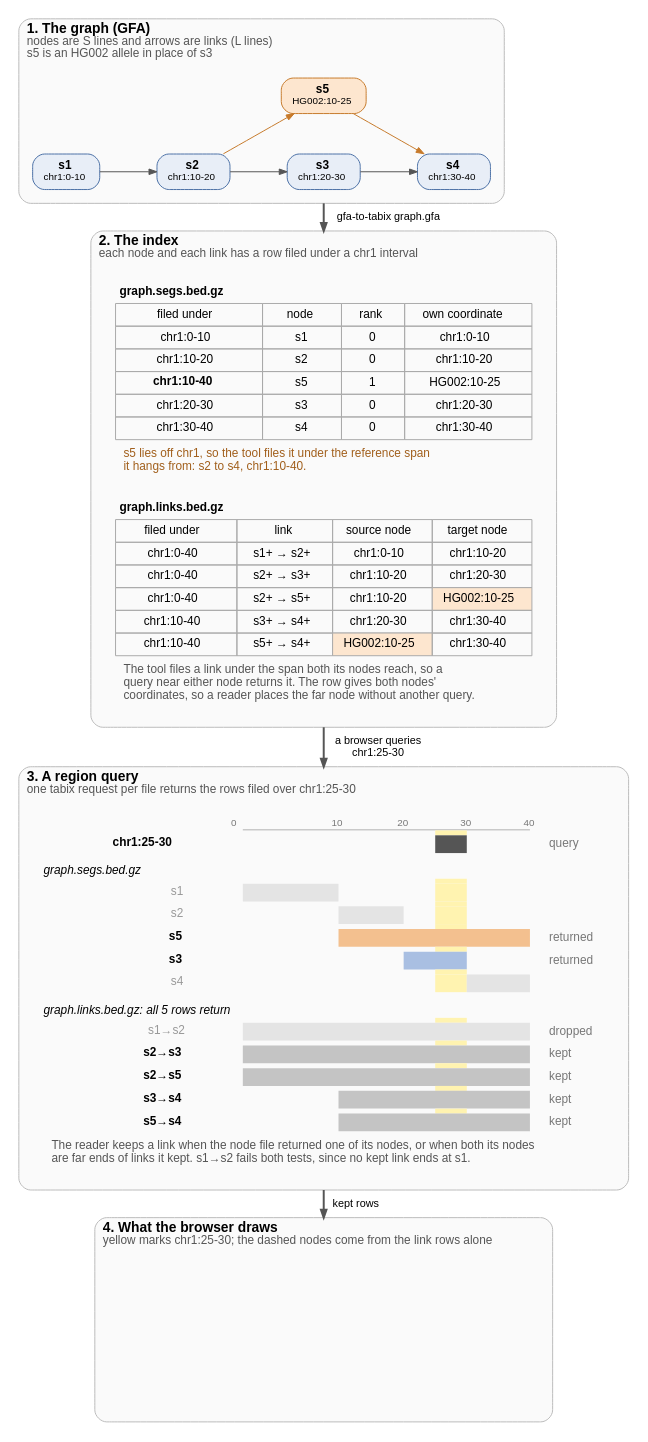
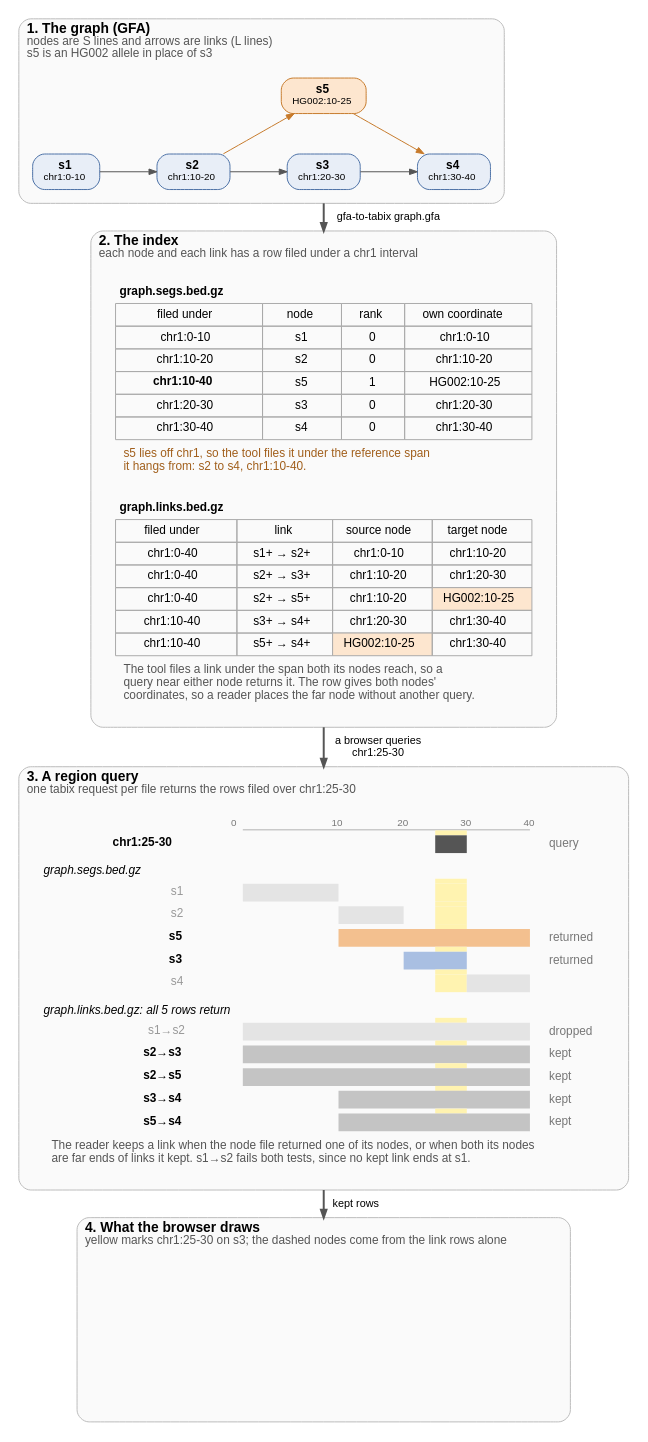
One commit to GMOD/gfa-to-tabix changed the diagram in docs/figures/overview-detail.dot. Above: the diagram before and after it, drawn with Graphviz. The commit also changed 7 other files, not shown here.

```diff
--- a/docs/figures/overview-detail.dot
+++ b/docs/figures/overview-detail.dot
@@ -1,117 +1,117 @@
 // scripts/figures.py fills the marked rows from the tool's output and draws this figure
 digraph overview {
   bgcolor="white"
   fontname="Helvetica"
   newrank=true
   compound=true
   nodesep=0.4
   ranksep=0.55
   node [fontname="Helvetica", fontsize=12, shape=box, style="filled,rounded", fillcolor="#e8eef7", color="#4a6fa5", margin="0.15,0.06"]
   edge [fontname="Helvetica", fontsize=11, color="#555555", arrowsize=0.8]
 
   subgraph {
     graph [labeljust=l, fontsize=14, color="#bbbbbb", style="rounded,filled", fillcolor="#fafafa", margin=14]
 
     subgraph cluster_graph {
       label=<<B>1. The graph (GFA)</B><BR ALIGN="LEFT"/><FONT POINT-SIZE="12" COLOR="#555555">nodes are S lines and arrows are links (L lines)</FONT><BR ALIGN="LEFT"/><FONT POINT-SIZE="12" COLOR="#555555">s5 is an HG002 allele in place of s3</FONT><BR ALIGN="LEFT"/>>
       // begin graph
       s1 [label=<<B>s1</B><BR/><FONT POINT-SIZE="10">chr1:0-10</FONT>>]
       s2 [label=<<B>s2</B><BR/><FONT POINT-SIZE="10">chr1:10-20</FONT>>]
       s3 [label=<<B>s3</B><BR/><FONT POINT-SIZE="10">chr1:20-30</FONT>>]
       s4 [label=<<B>s4</B><BR/><FONT POINT-SIZE="10">chr1:30-40</FONT>>]
       s5 [label=<<B>s5</B><BR/><FONT POINT-SIZE="10">HG002:10-25</FONT>>, fillcolor="#fde6cf", color="#c77a2b"]
       {rank=same; s1; s2; s3; s4}
       s1 -> s2 [weight=20]
       s2 -> s3 [weight=20]
       s2 -> s5 [color="#c77a2b", constraint=false]
       s3 -> s4 [weight=20]
       s5 -> s4 [color="#c77a2b", constraint=false]
       s5 -> s3 [style=invis, weight=20]
       // end graph
     }
 
     subgraph cluster_files {
       label=<<B>2. The index</B><BR ALIGN="LEFT"/><FONT POINT-SIZE="12" COLOR="#555555">each node and each link has a row filed under a chr1 interval</FONT><BR ALIGN="LEFT"/>>
       rows [shape=plaintext, style="", label=<
         <TABLE BORDER="0" CELLBORDER="0" CELLSPACING="0" CELLPADDING="0"><TR><TD><TABLE BORDER="0" CELLBORDER="1" CELLSPACING="0" CELLPADDING="4" COLOR="#aaaaaa">
           <TR><TD COLSPAN="4" BORDER="0" ALIGN="LEFT"><B>graph.segs.bed.gz</B></TD></TR>
           <TR BGCOLOR="#dddddd"><TD>filed under</TD><TD>node</TD><TD>rank</TD><TD>own coordinate</TD></TR>
           <!-- begin segs -->
           <TR BGCOLOR="#e8eef7"><TD>chr1:0-10</TD><TD>s1</TD><TD>0</TD><TD>chr1:0-10</TD></TR>
           <TR BGCOLOR="#e8eef7"><TD>chr1:10-20</TD><TD>s2</TD><TD>0</TD><TD>chr1:10-20</TD></TR>
           <TR BGCOLOR="#fde6cf"><TD><B>chr1:10-40</B></TD><TD>s5</TD><TD>1</TD><TD>HG002:10-25</TD></TR>
           <TR BGCOLOR="#e8eef7"><TD>chr1:20-30</TD><TD>s3</TD><TD>0</TD><TD>chr1:20-30</TD></TR>
           <TR BGCOLOR="#e8eef7"><TD>chr1:30-40</TD><TD>s4</TD><TD>0</TD><TD>chr1:30-40</TD></TR>
           <!-- end segs -->
           <!-- begin segs-caption -->
           <TR><TD BORDER="0" CELLPADDING="8" COLSPAN="4" ALIGN="LEFT" BALIGN="LEFT"><FONT POINT-SIZE="12" COLOR="#a15f1c">s5 lies off chr1, so the tool files it under the reference span<BR/>it hangs from: s2 to s4, chr1:10-40.</FONT></TD></TR>
           <!-- end segs-caption -->
         </TABLE></TD></TR>
         <TR><TD HEIGHT="18"></TD></TR>
         <TR><TD><TABLE BORDER="0" CELLBORDER="1" CELLSPACING="0" CELLPADDING="4" COLOR="#aaaaaa">
           <TR><TD COLSPAN="4" BORDER="0" ALIGN="LEFT"><B>graph.links.bed.gz</B></TD></TR>
           <TR BGCOLOR="#dddddd"><TD>filed under</TD><TD>link</TD><TD>source node</TD><TD>target node</TD></TR>
           <!-- begin links -->
           <TR BGCOLOR="#f2f2f2"><TD>chr1:0-40</TD><TD>s1+ → s2+</TD><TD>chr1:0-10</TD><TD>chr1:10-20</TD></TR>
           <TR BGCOLOR="#f2f2f2"><TD>chr1:0-40</TD><TD>s2+ → s3+</TD><TD>chr1:10-20</TD><TD>chr1:20-30</TD></TR>
           <TR BGCOLOR="#f2f2f2"><TD>chr1:0-40</TD><TD>s2+ → s5+</TD><TD>chr1:10-20</TD><TD BGCOLOR="#fde6cf">HG002:10-25</TD></TR>
           <TR BGCOLOR="#f2f2f2"><TD>chr1:10-40</TD><TD>s3+ → s4+</TD><TD>chr1:20-30</TD><TD>chr1:30-40</TD></TR>
           <TR BGCOLOR="#f2f2f2"><TD>chr1:10-40</TD><TD>s5+ → s4+</TD><TD BGCOLOR="#fde6cf">HG002:10-25</TD><TD>chr1:30-40</TD></TR>
           <!-- end links -->
           <TR><TD COLSPAN="4" BORDER="0" CELLPADDING="8" ALIGN="LEFT" BALIGN="LEFT"><FONT POINT-SIZE="12" COLOR="#555555">The tool files a link under the span both its nodes reach, so a<BR/>query near either node returns it. The row gives both nodes'<BR/>coordinates, so a reader places the far node without another query.</FONT></TD></TR>
         </TABLE></TD></TR></TABLE>>]
     }
 
     subgraph cluster_query {
       label=<<B>3. A region query</B><BR ALIGN="LEFT"/><FONT POINT-SIZE="12" COLOR="#555555">one tabix request per file returns the rows filed over chr1:25-30</FONT><BR ALIGN="LEFT"/>>
       hits [shape=plaintext, style="", label=<
         <TABLE BORDER="0" CELLBORDER="0" CELLSPACING="0" CELLPADDING="0">
           <!-- begin lanes -->
           <TR><TD></TD><TD WIDTH="16"></TD><TD WIDTH="16"></TD><TD WIDTH="16"></TD><TD WIDTH="16"></TD><TD WIDTH="16"></TD><TD WIDTH="16"></TD><TD WIDTH="16"></TD><TD WIDTH="16"></TD><TD WIDTH="16"></TD><TD WIDTH="16"></TD><TD WIDTH="16"></TD><TD WIDTH="16"></TD><TD WIDTH="16"></TD><TD WIDTH="16"></TD><TD WIDTH="16"></TD><TD WIDTH="16"></TD><TD WIDTH="16"></TD><TD WIDTH="16"></TD><TD></TD></TR>
           <TR><TD></TD><TD COLSPAN="2"><FONT POINT-SIZE="10" COLOR="#777777">0</FONT></TD><TD COLSPAN="2"></TD><TD COLSPAN="2"><FONT POINT-SIZE="10" COLOR="#777777">10</FONT></TD><TD COLSPAN="2"></TD><TD COLSPAN="2"><FONT POINT-SIZE="10" COLOR="#777777">20</FONT></TD><TD COLSPAN="2"></TD><TD COLSPAN="2"><FONT POINT-SIZE="10" COLOR="#777777">30</FONT></TD><TD COLSPAN="2"></TD><TD COLSPAN="2"><FONT POINT-SIZE="10" COLOR="#777777">40</FONT></TD><TD></TD></TR>
           <TR><TD HEIGHT="1"></TD><TD></TD><TD COLSPAN="16" BGCOLOR="#999999"></TD><TD></TD><TD></TD></TR>
           <TR><TD HEIGHT="5"></TD><TD></TD><TD></TD><TD></TD><TD></TD><TD></TD><TD></TD><TD></TD><TD></TD><TD></TD><TD></TD><TD></TD><TD BGCOLOR="#fff3b0"></TD><TD BGCOLOR="#fff3b0"></TD><TD></TD><TD></TD><TD></TD><TD></TD><TD></TD><TD></TD></TR>
           <TR><TD ALIGN="RIGHT" HEIGHT="18"><B>chr1:25-30</B>  </TD><TD></TD><TD COLSPAN="10"></TD><TD COLSPAN="2" BGCOLOR="#555555"></TD><TD COLSPAN="4"></TD><TD></TD><TD ALIGN="LEFT"><FONT POINT-SIZE="12" COLOR="#777777">  query</FONT></TD></TR>
           <TR><TD COLSPAN="20" ALIGN="LEFT" HEIGHT="26" VALIGN="BOTTOM"><I>graph.segs.bed.gz</I></TD></TR>
           <TR><TD HEIGHT="5"></TD><TD></TD><TD></TD><TD></TD><TD></TD><TD></TD><TD></TD><TD></TD><TD></TD><TD></TD><TD></TD><TD></TD><TD BGCOLOR="#fff3b0"></TD><TD BGCOLOR="#fff3b0"></TD><TD></TD><TD></TD><TD></TD><TD></TD><TD></TD><TD></TD></TR>
           <TR><TD ALIGN="RIGHT" HEIGHT="18"><FONT COLOR="#999999">s1</FONT>  </TD><TD></TD><TD COLSPAN="4" BGCOLOR="#e4e4e4"></TD><TD COLSPAN="6"></TD><TD COLSPAN="2" BGCOLOR="#fff3b0"></TD><TD COLSPAN="4"></TD><TD></TD><TD ALIGN="LEFT"></TD></TR>
           <TR><TD HEIGHT="5"></TD><TD></TD><TD></TD><TD></TD><TD></TD><TD></TD><TD></TD><TD></TD><TD></TD><TD></TD><TD></TD><TD></TD><TD BGCOLOR="#fff3b0"></TD><TD BGCOLOR="#fff3b0"></TD><TD></TD><TD></TD><TD></TD><TD></TD><TD></TD><TD></TD></TR>
           <TR><TD ALIGN="RIGHT" HEIGHT="18"><FONT COLOR="#999999">s2</FONT>  </TD><TD></TD><TD COLSPAN="4"></TD><TD COLSPAN="4" BGCOLOR="#e4e4e4"></TD><TD COLSPAN="2"></TD><TD COLSPAN="2" BGCOLOR="#fff3b0"></TD><TD COLSPAN="4"></TD><TD></TD><TD ALIGN="LEFT"></TD></TR>
           <TR><TD HEIGHT="5"></TD><TD></TD><TD></TD><TD></TD><TD></TD><TD></TD><TD></TD><TD></TD><TD></TD><TD></TD><TD></TD><TD></TD><TD BGCOLOR="#fff3b0"></TD><TD BGCOLOR="#fff3b0"></TD><TD></TD><TD></TD><TD></TD><TD></TD><TD></TD><TD></TD></TR>
           <TR><TD ALIGN="RIGHT" HEIGHT="18"><B>s5</B>  </TD><TD></TD><TD COLSPAN="4"></TD><TD COLSPAN="12" BGCOLOR="#f3c08f"></TD><TD></TD><TD ALIGN="LEFT"><FONT POINT-SIZE="12" COLOR="#777777">  returned</FONT></TD></TR>
           <TR><TD HEIGHT="5"></TD><TD></TD><TD></TD><TD></TD><TD></TD><TD></TD><TD></TD><TD></TD><TD></TD><TD></TD><TD></TD><TD></TD><TD BGCOLOR="#fff3b0"></TD><TD BGCOLOR="#fff3b0"></TD><TD></TD><TD></TD><TD></TD><TD></TD><TD></TD><TD></TD></TR>
           <TR><TD ALIGN="RIGHT" HEIGHT="18"><B>s3</B>  </TD><TD></TD><TD COLSPAN="8"></TD><TD COLSPAN="4" BGCOLOR="#a9bfe2"></TD><TD COLSPAN="4"></TD><TD></TD><TD ALIGN="LEFT"><FONT POINT-SIZE="12" COLOR="#777777">  returned</FONT></TD></TR>
           <TR><TD HEIGHT="5"></TD><TD></TD><TD></TD><TD></TD><TD></TD><TD></TD><TD></TD><TD></TD><TD></TD><TD></TD><TD></TD><TD></TD><TD BGCOLOR="#fff3b0"></TD><TD BGCOLOR="#fff3b0"></TD><TD></TD><TD></TD><TD></TD><TD></TD><TD></TD><TD></TD></TR>
           <TR><TD ALIGN="RIGHT" HEIGHT="18"><FONT COLOR="#999999">s4</FONT>  </TD><TD></TD><TD COLSPAN="10"></TD><TD COLSPAN="2" BGCOLOR="#fff3b0"></TD><TD COLSPAN="4" BGCOLOR="#e4e4e4"></TD><TD></TD><TD ALIGN="LEFT"></TD></TR>
           <TR><TD COLSPAN="20" ALIGN="LEFT" HEIGHT="26" VALIGN="BOTTOM"><I>graph.links.bed.gz: all 5 rows return</I></TD></TR>
           <TR><TD HEIGHT="5"></TD><TD></TD><TD></TD><TD></TD><TD></TD><TD></TD><TD></TD><TD></TD><TD></TD><TD></TD><TD></TD><TD></TD><TD BGCOLOR="#fff3b0"></TD><TD BGCOLOR="#fff3b0"></TD><TD></TD><TD></TD><TD></TD><TD></TD><TD></TD><TD></TD></TR>
           <TR><TD ALIGN="RIGHT" HEIGHT="18"><FONT COLOR="#999999">s1→s2</FONT>  </TD><TD></TD><TD COLSPAN="16" BGCOLOR="#e4e4e4"></TD><TD></TD><TD ALIGN="LEFT"><FONT POINT-SIZE="12" COLOR="#777777">  dropped</FONT></TD></TR>
           <TR><TD HEIGHT="5"></TD><TD></TD><TD></TD><TD></TD><TD></TD><TD></TD><TD></TD><TD></TD><TD></TD><TD></TD><TD></TD><TD></TD><TD BGCOLOR="#fff3b0"></TD><TD BGCOLOR="#fff3b0"></TD><TD></TD><TD></TD><TD></TD><TD></TD><TD></TD><TD></TD></TR>
           <TR><TD ALIGN="RIGHT" HEIGHT="18"><B>s2→s3</B>  </TD><TD></TD><TD COLSPAN="16" BGCOLOR="#c4c4c4"></TD><TD></TD><TD ALIGN="LEFT"><FONT POINT-SIZE="12" COLOR="#777777">  kept</FONT></TD></TR>
           <TR><TD HEIGHT="5"></TD><TD></TD><TD></TD><TD></TD><TD></TD><TD></TD><TD></TD><TD></TD><TD></TD><TD></TD><TD></TD><TD></TD><TD BGCOLOR="#fff3b0"></TD><TD BGCOLOR="#fff3b0"></TD><TD></TD><TD></TD><TD></TD><TD></TD><TD></TD><TD></TD></TR>
           <TR><TD ALIGN="RIGHT" HEIGHT="18"><B>s2→s5</B>  </TD><TD></TD><TD COLSPAN="16" BGCOLOR="#c4c4c4"></TD><TD></TD><TD ALIGN="LEFT"><FONT POINT-SIZE="12" COLOR="#777777">  kept</FONT></TD></TR>
           <TR><TD HEIGHT="5"></TD><TD></TD><TD></TD><TD></TD><TD></TD><TD></TD><TD></TD><TD></TD><TD></TD><TD></TD><TD></TD><TD></TD><TD BGCOLOR="#fff3b0"></TD><TD BGCOLOR="#fff3b0"></TD><TD></TD><TD></TD><TD></TD><TD></TD><TD></TD><TD></TD></TR>
           <TR><TD ALIGN="RIGHT" HEIGHT="18"><B>s3→s4</B>  </TD><TD></TD><TD COLSPAN="4"></TD><TD COLSPAN="12" BGCOLOR="#c4c4c4"></TD><TD></TD><TD ALIGN="LEFT"><FONT POINT-SIZE="12" COLOR="#777777">  kept</FONT></TD></TR>
           <TR><TD HEIGHT="5"></TD><TD></TD><TD></TD><TD></TD><TD></TD><TD></TD><TD></TD><TD></TD><TD></TD><TD></TD><TD></TD><TD></TD><TD BGCOLOR="#fff3b0"></TD><TD BGCOLOR="#fff3b0"></TD><TD></TD><TD></TD><TD></TD><TD></TD><TD></TD><TD></TD></TR>
           <TR><TD ALIGN="RIGHT" HEIGHT="18"><B>s5→s4</B>  </TD><TD></TD><TD COLSPAN="4"></TD><TD COLSPAN="12" BGCOLOR="#c4c4c4"></TD><TD></TD><TD ALIGN="LEFT"><FONT POINT-SIZE="12" COLOR="#777777">  kept</FONT></TD></TR>
           <!-- end lanes -->
           <!-- begin keep-caption -->
           <TR><TD BORDER="0" CELLPADDING="8" COLSPAN="20" ALIGN="LEFT" BALIGN="LEFT"><FONT POINT-SIZE="12" COLOR="#555555">The reader keeps a link when the node file returned one of its nodes, or when both its nodes<BR/>are far ends of links it kept. s1→s2 fails both tests, since no kept link ends at s1.</FONT></TD></TR>
           <!-- end keep-caption -->
         </TABLE>>]
     }
 
     subgraph cluster_drawn {
-      label=<<B>4. What the browser draws</B><BR ALIGN="LEFT"/><FONT POINT-SIZE="12" COLOR="#555555">yellow marks chr1:25-30; the dashed nodes come from the link rows alone</FONT><BR ALIGN="LEFT"/>>
+      label=<<B>4. What the browser draws</B><BR ALIGN="LEFT"/><FONT POINT-SIZE="12" COLOR="#555555">yellow marks chr1:25-30 on s3; the dashed nodes come from the link rows alone</FONT><BR ALIGN="LEFT"/>>
       // begin drawn
       drawn [shape=box, style="", color=transparent, label="", fixedsize=true, width=5.29, height=2.02]
       // end drawn
     }
   }
 
   // begin arrows
   s3 -> rows [ltail=cluster_graph, lhead=cluster_files, label="  gfa-to-tabix graph.gfa", penwidth=2]
   rows -> hits [ltail=cluster_files, lhead=cluster_query, label="  a browser queries\n  chr1:25-30", penwidth=2]
   hits -> drawn [ltail=cluster_query, lhead=cluster_drawn, label="  kept rows", penwidth=2]
   // end arrows
 }
```
